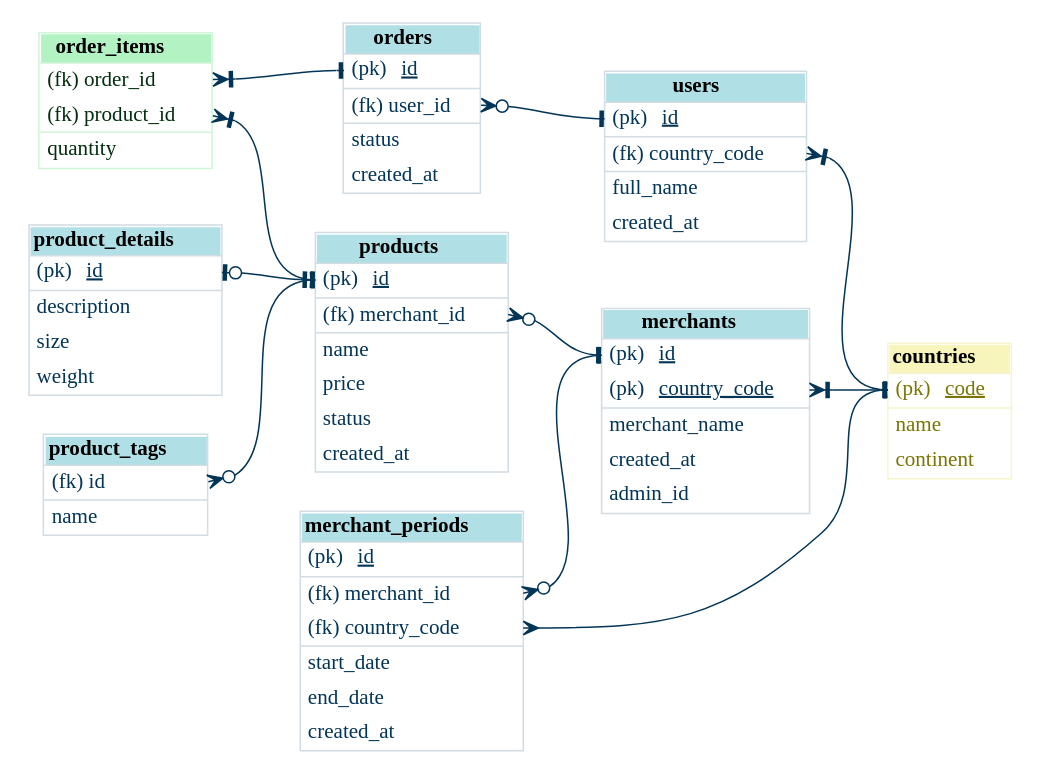
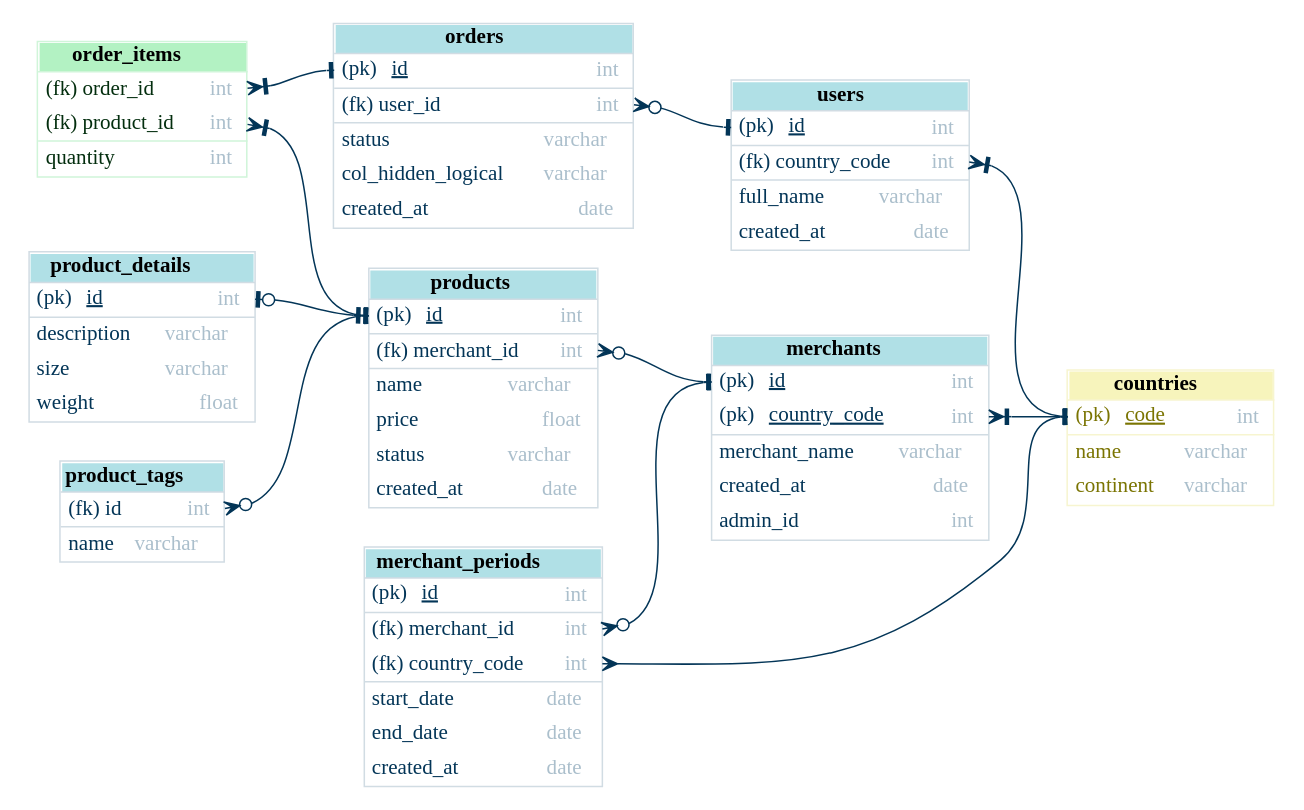
Before and after one commit to arnoN7/er_diagram_python: the diagram in example/sample_datamodel.gv, drawn with Graphviz. The commit also changed 5 other files, not shown here.

Commit message:
adding dockerfile and using different engine for graphviz display

```diff
--- a/example/sample_datamodel.gv
+++ b/example/sample_datamodel.gv
@@ -8,35 +8,35 @@
     <td ALIGN="left" BALIGN="LEFT" BORDER="0" PORT="id">
         <table BORDER="0" cellspacing="0" CELLBORDER="0"  >
             <tr>
-                <td ALIGN="left" BALIGN="LEFT" BORDER="0"><font color="#033557">(pk) <U ALIGN="left">id</U></font></td></tr>
+                <td ALIGN="left" BALIGN="LEFT" BORDER="0"><font color="#033557">(pk) <U ALIGN="left">id</U></font></td><td ALIGN="right"><font color="#abbfcc" >int</font></td></tr>
         </table>
     </td>
 </tr><tr>
     <td ALIGN="left" BALIGN="LEFT" BORDER="0" PORT="country_code">
         <table BORDER="0" cellspacing="0" CELLBORDER="0"  >
             <tr>
-                <td ALIGN="left" BALIGN="LEFT" BORDER="0"><font color="#033557">(pk) <U ALIGN="left">country_code</U></font></td></tr>
+                <td ALIGN="left" BALIGN="LEFT" BORDER="0"><font color="#033557">(pk) <U ALIGN="left">country_code</U></font></td><td ALIGN="right"><font color="#abbfcc" >int</font></td></tr>
         </table>
     </td>
 </tr><HR/><tr>
     <td ALIGN="left" BALIGN="LEFT" BORDER="0" PORT="merchant_name">
         <table BORDER="0" cellspacing="0" CELLBORDER="0"  >
             <tr>
-                <td ALIGN="left" BALIGN="LEFT" BORDER="0"><font color="#033557">merchant_name</font></td></tr>
+                <td ALIGN="left" BALIGN="LEFT" BORDER="0"><font color="#033557">merchant_name</font></td><td ALIGN="right"><font color="#abbfcc" >varchar</font></td></tr>
         </table>
     </td>
 </tr><tr>
     <td ALIGN="left" BALIGN="LEFT" BORDER="0" PORT="created_at">
         <table BORDER="0" cellspacing="0" CELLBORDER="0"  >
             <tr>
-                <td ALIGN="left" BALIGN="LEFT" BORDER="0"><font color="#033557">created_at</font></td></tr>
+                <td ALIGN="left" BALIGN="LEFT" BORDER="0"><font color="#033557">created_at</font></td><td ALIGN="right"><font color="#abbfcc" >date</font></td></tr>
         </table>
     </td>
 </tr><tr>
     <td ALIGN="left" BALIGN="LEFT" BORDER="0" PORT="admin_id">
         <table BORDER="0" cellspacing="0" CELLBORDER="0"  >
             <tr>
-                <td ALIGN="left" BALIGN="LEFT" BORDER="0"><font color="#033557">admin_id</font></td></tr>
+                <td ALIGN="left" BALIGN="LEFT" BORDER="0"><font color="#033557">admin_id</font></td><td ALIGN="right"><font color="#abbfcc" >int</font></td></tr>
         </table>
     </td>
 </tr></table>> shape=none]
@@ -48,28 +48,28 @@
     <td ALIGN="left" BALIGN="LEFT" BORDER="0" PORT="id">
         <table BORDER="0" cellspacing="0" CELLBORDER="0"  >
             <tr>
-                <td ALIGN="left" BALIGN="LEFT" BORDER="0"><font color="#033557">(pk) <U ALIGN="left">id</U></font></td></tr>
+                <td ALIGN="left" BALIGN="LEFT" BORDER="0"><font color="#033557">(pk) <U ALIGN="left">id</U></font></td><td ALIGN="right"><font color="#abbfcc" >int</font></td></tr>
         </table>
     </td>
 </tr><HR/><tr>
     <td ALIGN="left" BALIGN="LEFT" BORDER="0" PORT="country_code">
         <table BORDER="0" cellspacing="0" CELLBORDER="0"  >
             <tr>
-                <td ALIGN="left" BALIGN="LEFT" BORDER="0"><font color="#033557">(fk) country_code</font></td></tr>
+                <td ALIGN="left" BALIGN="LEFT" BORDER="0"><font color="#033557">(fk) country_code</font></td><td ALIGN="right"><font color="#abbfcc" >int</font></td></tr>
         </table>
     </td>
 </tr><HR/><tr>
     <td ALIGN="left" BALIGN="LEFT" BORDER="0" PORT="full_name">
         <table BORDER="0" cellspacing="0" CELLBORDER="0"  >
             <tr>
-                <td ALIGN="left" BALIGN="LEFT" BORDER="0"><font color="#033557">full_name</font></td></tr>
+                <td ALIGN="left" BALIGN="LEFT" BORDER="0"><font color="#033557">full_name</font></td><td ALIGN="right"><font color="#abbfcc" >varchar</font></td></tr>
         </table>
     </td>
 </tr><tr>
     <td ALIGN="left" BALIGN="LEFT" BORDER="0" PORT="created_at">
         <table BORDER="0" cellspacing="0" CELLBORDER="0"  >
             <tr>
-                <td ALIGN="left" BALIGN="LEFT" BORDER="0"><font color="#033557">created_at</font></td></tr>
+                <td ALIGN="left" BALIGN="LEFT" BORDER="0"><font color="#033557">created_at</font></td><td ALIGN="right"><font color="#abbfcc" >date</font></td></tr>
         </table>
     </td>
 </tr></table>> shape=none]
@@ -81,21 +81,21 @@
     <td ALIGN="left" BALIGN="LEFT" BORDER="0" PORT="code">
         <table BORDER="0" cellspacing="0" CELLBORDER="0"  >
             <tr>
-                <td ALIGN="left" BALIGN="LEFT" BORDER="0"><font color="#7a7402">(pk) <U ALIGN="left">code</U></font></td></tr>
+                <td ALIGN="left" BALIGN="LEFT" BORDER="0"><font color="#7a7402">(pk) <U ALIGN="left">code</U></font></td><td ALIGN="right"><font color="#abbfcc" >int</font></td></tr>
         </table>
     </td>
 </tr><HR/><tr>
     <td ALIGN="left" BALIGN="LEFT" BORDER="0" PORT="name">
         <table BORDER="0" cellspacing="0" CELLBORDER="0"  >
             <tr>
-                <td ALIGN="left" BALIGN="LEFT" BORDER="0"><font color="#7a7402">name</font></td></tr>
+                <td ALIGN="left" BALIGN="LEFT" BORDER="0"><font color="#7a7402">name</font></td><td ALIGN="right"><font color="#abbfcc" >varchar</font></td></tr>
         </table>
     </td>
 </tr><tr>
     <td ALIGN="left" BALIGN="LEFT" BORDER="0" PORT="continent">
         <table BORDER="0" cellspacing="0" CELLBORDER="0"  >
             <tr>
-                <td ALIGN="left" BALIGN="LEFT" BORDER="0"><font color="#7a7402">continent</font></td></tr>
+                <td ALIGN="left" BALIGN="LEFT" BORDER="0"><font color="#7a7402">continent</font></td><td ALIGN="right"><font color="#abbfcc" >varchar</font></td></tr>
         </table>
     </td>
 </tr></table>> shape=none]
@@ -107,21 +107,21 @@
     <td ALIGN="left" BALIGN="LEFT" BORDER="0" PORT="order_id">
         <table BORDER="0" cellspacing="0" CELLBORDER="0"  >
             <tr>
-                <td ALIGN="left" BALIGN="LEFT" BORDER="0"><font color="#032e0e">(fk) order_id</font></td></tr>
+                <td ALIGN="left" BALIGN="LEFT" BORDER="0"><font color="#032e0e">(fk) order_id</font></td><td ALIGN="right"><font color="#abbfcc" >int</font></td></tr>
         </table>
     </td>
 </tr><tr>
     <td ALIGN="left" BALIGN="LEFT" BORDER="0" PORT="product_id">
         <table BORDER="0" cellspacing="0" CELLBORDER="0"  >
             <tr>
-                <td ALIGN="left" BALIGN="LEFT" BORDER="0"><font color="#032e0e">(fk) product_id</font></td></tr>
+                <td ALIGN="left" BALIGN="LEFT" BORDER="0"><font color="#032e0e">(fk) product_id</font></td><td ALIGN="right"><font color="#abbfcc" >int</font></td></tr>
         </table>
     </td>
 </tr><HR/><tr>
     <td ALIGN="left" BALIGN="LEFT" BORDER="0" PORT="quantity">
         <table BORDER="0" cellspacing="0" CELLBORDER="0"  >
             <tr>
-                <td ALIGN="left" BALIGN="LEFT" BORDER="0"><font color="#032e0e">quantity</font></td></tr>
+                <td ALIGN="left" BALIGN="LEFT" BORDER="0"><font color="#032e0e">quantity</font></td><td ALIGN="right"><font color="#abbfcc" >int</font></td></tr>
         </table>
     </td>
 </tr></table>> shape=none]
@@ -133,28 +133,35 @@
     <td ALIGN="left" BALIGN="LEFT" BORDER="0" PORT="id">
         <table BORDER="0" cellspacing="0" CELLBORDER="0"  >
             <tr>
-                <td ALIGN="left" BALIGN="LEFT" BORDER="0"><font color="#033557">(pk) <U ALIGN="left">id</U></font></td></tr>
+                <td ALIGN="left" BALIGN="LEFT" BORDER="0"><font color="#033557">(pk) <U ALIGN="left">id</U></font></td><td ALIGN="right"><font color="#abbfcc" >int</font></td></tr>
         </table>
     </td>
 </tr><HR/><tr>
     <td ALIGN="left" BALIGN="LEFT" BORDER="0" PORT="user_id">
         <table BORDER="0" cellspacing="0" CELLBORDER="0"  >
             <tr>
-                <td ALIGN="left" BALIGN="LEFT" BORDER="0"><font color="#033557">(fk) user_id</font></td></tr>
+                <td ALIGN="left" BALIGN="LEFT" BORDER="0"><font color="#033557">(fk) user_id</font></td><td ALIGN="right"><font color="#abbfcc" >int</font></td></tr>
         </table>
     </td>
 </tr><HR/><tr>
     <td ALIGN="left" BALIGN="LEFT" BORDER="0" PORT="status">
         <table BORDER="0" cellspacing="0" CELLBORDER="0"  >
             <tr>
-                <td ALIGN="left" BALIGN="LEFT" BORDER="0"><font color="#033557">status</font></td></tr>
+                <td ALIGN="left" BALIGN="LEFT" BORDER="0"><font color="#033557">status</font></td><td ALIGN="right"><font color="#abbfcc" >varchar</font></td></tr>
+        </table>
+    </td>
+</tr><tr>
+    <td ALIGN="left" BALIGN="LEFT" BORDER="0" PORT="col_hidden_logical">
+        <table BORDER="0" cellspacing="0" CELLBORDER="0"  >
+            <tr>
+                <td ALIGN="left" BALIGN="LEFT" BORDER="0"><font color="#033557">col_hidden_logical</font></td><td ALIGN="right"><font color="#abbfcc" >varchar</font></td></tr>
         </table>
     </td>
 </tr><tr>
     <td ALIGN="left" BALIGN="LEFT" BORDER="0" PORT="created_at">
         <table BORDER="0" cellspacing="0" CELLBORDER="0"  >
             <tr>
-                <td ALIGN="left" BALIGN="LEFT" BORDER="0"><font color="#033557">created_at</font></td></tr>
+                <td ALIGN="left" BALIGN="LEFT" BORDER="0"><font color="#033557">created_at</font></td><td ALIGN="right"><font color="#abbfcc" >date</font></td></tr>
         </table>
     </td>
 </tr></table>> shape=none]
@@ -166,42 +173,42 @@
     <td ALIGN="left" BALIGN="LEFT" BORDER="0" PORT="id">
         <table BORDER="0" cellspacing="0" CELLBORDER="0"  >
             <tr>
-                <td ALIGN="left" BALIGN="LEFT" BORDER="0"><font color="#033557">(pk) <U ALIGN="left">id</U></font></td></tr>
+                <td ALIGN="left" BALIGN="LEFT" BORDER="0"><font color="#033557">(pk) <U ALIGN="left">id</U></font></td><td ALIGN="right"><font color="#abbfcc" >int</font></td></tr>
         </table>
     </td>
 </tr><HR/><tr>
     <td ALIGN="left" BALIGN="LEFT" BORDER="0" PORT="merchant_id">
         <table BORDER="0" cellspacing="0" CELLBORDER="0"  >
             <tr>
-                <td ALIGN="left" BALIGN="LEFT" BORDER="0"><font color="#033557">(fk) merchant_id</font></td></tr>
+                <td ALIGN="left" BALIGN="LEFT" BORDER="0"><font color="#033557">(fk) merchant_id</font></td><td ALIGN="right"><font color="#abbfcc" >int</font></td></tr>
         </table>
     </td>
 </tr><HR/><tr>
     <td ALIGN="left" BALIGN="LEFT" BORDER="0" PORT="name">
         <table BORDER="0" cellspacing="0" CELLBORDER="0"  >
             <tr>
-                <td ALIGN="left" BALIGN="LEFT" BORDER="0"><font color="#033557">name</font></td></tr>
+                <td ALIGN="left" BALIGN="LEFT" BORDER="0"><font color="#033557">name</font></td><td ALIGN="right"><font color="#abbfcc" >varchar</font></td></tr>
         </table>
     </td>
 </tr><tr>
     <td ALIGN="left" BALIGN="LEFT" BORDER="0" PORT="price">
         <table BORDER="0" cellspacing="0" CELLBORDER="0"  >
             <tr>
-                <td ALIGN="left" BALIGN="LEFT" BORDER="0"><font color="#033557">price</font></td></tr>
+                <td ALIGN="left" BALIGN="LEFT" BORDER="0"><font color="#033557">price</font></td><td ALIGN="right"><font color="#abbfcc" >float</font></td></tr>
         </table>
     </td>
 </tr><tr>
     <td ALIGN="left" BALIGN="LEFT" BORDER="0" PORT="status">
         <table BORDER="0" cellspacing="0" CELLBORDER="0"  >
             <tr>
-                <td ALIGN="left" BALIGN="LEFT" BORDER="0"><font color="#033557">status</font></td></tr>
+                <td ALIGN="left" BALIGN="LEFT" BORDER="0"><font color="#033557">status</font></td><td ALIGN="right"><font color="#abbfcc" >varchar</font></td></tr>
         </table>
     </td>
 </tr><tr>
     <td ALIGN="left" BALIGN="LEFT" BORDER="0" PORT="created_at">
         <table BORDER="0" cellspacing="0" CELLBORDER="0"  >
             <tr>
-                <td ALIGN="left" BALIGN="LEFT" BORDER="0"><font color="#033557">created_at</font></td></tr>
+                <td ALIGN="left" BALIGN="LEFT" BORDER="0"><font color="#033557">created_at</font></td><td ALIGN="right"><font color="#abbfcc" >date</font></td></tr>
         </table>
     </td>
 </tr></table>> shape=none]
@@ -213,28 +220,28 @@
     <td ALIGN="left" BALIGN="LEFT" BORDER="0" PORT="id">
         <table BORDER="0" cellspacing="0" CELLBORDER="0"  >
             <tr>
-                <td ALIGN="left" BALIGN="LEFT" BORDER="0"><font color="#033557">(pk) <U ALIGN="left">id</U></font></td></tr>
+                <td ALIGN="left" BALIGN="LEFT" BORDER="0"><font color="#033557">(pk) <U ALIGN="left">id</U></font></td><td ALIGN="right"><font color="#abbfcc" >int</font></td></tr>
         </table>
     </td>
 </tr><HR/><tr>
     <td ALIGN="left" BALIGN="LEFT" BORDER="0" PORT="description">
         <table BORDER="0" cellspacing="0" CELLBORDER="0"  >
             <tr>
-                <td ALIGN="left" BALIGN="LEFT" BORDER="0"><font color="#033557">description</font></td></tr>
+                <td ALIGN="left" BALIGN="LEFT" BORDER="0"><font color="#033557">description</font></td><td ALIGN="right"><font color="#abbfcc" >varchar</font></td></tr>
         </table>
     </td>
 </tr><tr>
     <td ALIGN="left" BALIGN="LEFT" BORDER="0" PORT="size">
         <table BORDER="0" cellspacing="0" CELLBORDER="0"  >
             <tr>
-                <td ALIGN="left" BALIGN="LEFT" BORDER="0"><font color="#033557">size</font></td></tr>
+                <td ALIGN="left" BALIGN="LEFT" BORDER="0"><font color="#033557">size</font></td><td ALIGN="right"><font color="#abbfcc" >varchar</font></td></tr>
         </table>
     </td>
 </tr><tr>
     <td ALIGN="left" BALIGN="LEFT" BORDER="0" PORT="weight">
         <table BORDER="0" cellspacing="0" CELLBORDER="0"  >
             <tr>
-                <td ALIGN="left" BALIGN="LEFT" BORDER="0"><font color="#033557">weight</font></td></tr>
+                <td ALIGN="left" BALIGN="LEFT" BORDER="0"><font color="#033557">weight</font></td><td ALIGN="right"><font color="#abbfcc" >float</font></td></tr>
         </table>
     </td>
 </tr></table>> shape=none]
@@ -246,42 +253,42 @@
     <td ALIGN="left" BALIGN="LEFT" BORDER="0" PORT="id">
         <table BORDER="0" cellspacing="0" CELLBORDER="0"  >
             <tr>
-                <td ALIGN="left" BALIGN="LEFT" BORDER="0"><font color="#033557">(pk) <U ALIGN="left">id</U></font></td></tr>
+                <td ALIGN="left" BALIGN="LEFT" BORDER="0"><font color="#033557">(pk) <U ALIGN="left">id</U></font></td><td ALIGN="right"><font color="#abbfcc" >int</font></td></tr>
         </table>
     </td>
 </tr><HR/><tr>
     <td ALIGN="left" BALIGN="LEFT" BORDER="0" PORT="merchant_id">
         <table BORDER="0" cellspacing="0" CELLBORDER="0"  >
             <tr>
-                <td ALIGN="left" BALIGN="LEFT" BORDER="0"><font color="#033557">(fk) merchant_id</font></td></tr>
+                <td ALIGN="left" BALIGN="LEFT" BORDER="0"><font color="#033557">(fk) merchant_id</font></td><td ALIGN="right"><font color="#abbfcc" >int</font></td></tr>
         </table>
     </td>
 </tr><tr>
     <td ALIGN="left" BALIGN="LEFT" BORDER="0" PORT="country_code">
         <table BORDER="0" cellspacing="0" CELLBORDER="0"  >
             <tr>
-                <td ALIGN="left" BALIGN="LEFT" BORDER="0"><font color="#033557">(fk) country_code</font></td></tr>
+                <td ALIGN="left" BALIGN="LEFT" BORDER="0"><font color="#033557">(fk) country_code</font></td><td ALIGN="right"><font color="#abbfcc" >int</font></td></tr>
         </table>
     </td>
 </tr><HR/><tr>
     <td ALIGN="left" BALIGN="LEFT" BORDER="0" PORT="start_date">
         <table BORDER="0" cellspacing="0" CELLBORDER="0"  >
             <tr>
-                <td ALIGN="left" BALIGN="LEFT" BORDER="0"><font color="#033557">start_date</font></td></tr>
+                <td ALIGN="left" BALIGN="LEFT" BORDER="0"><font color="#033557">start_date</font></td><td ALIGN="right"><font color="#abbfcc" >date</font></td></tr>
         </table>
     </td>
 </tr><tr>
     <td ALIGN="left" BALIGN="LEFT" BORDER="0" PORT="end_date">
         <table BORDER="0" cellspacing="0" CELLBORDER="0"  >
             <tr>
-                <td ALIGN="left" BALIGN="LEFT" BORDER="0"><font color="#033557">end_date</font></td></tr>
+                <td ALIGN="left" BALIGN="LEFT" BORDER="0"><font color="#033557">end_date</font></td><td ALIGN="right"><font color="#abbfcc" >date</font></td></tr>
         </table>
     </td>
 </tr><tr>
     <td ALIGN="left" BALIGN="LEFT" BORDER="0" PORT="created_at">
         <table BORDER="0" cellspacing="0" CELLBORDER="0"  >
             <tr>
-                <td ALIGN="left" BALIGN="LEFT" BORDER="0"><font color="#033557">created_at</font></td></tr>
+                <td ALIGN="left" BALIGN="LEFT" BORDER="0"><font color="#033557">created_at</font></td><td ALIGN="right"><font color="#abbfcc" >date</font></td></tr>
         </table>
     </td>
 </tr></table>> shape=none]
@@ -293,14 +300,14 @@
     <td ALIGN="left" BALIGN="LEFT" BORDER="0" PORT="id">
         <table BORDER="0" cellspacing="0" CELLBORDER="0"  >
             <tr>
-                <td ALIGN="left" BALIGN="LEFT" BORDER="0"><font color="#033557">(fk) id</font></td></tr>
+                <td ALIGN="left" BALIGN="LEFT" BORDER="0"><font color="#033557">(fk) id</font></td><td ALIGN="right"><font color="#abbfcc" >int</font></td></tr>
         </table>
     </td>
 </tr><HR/><tr>
     <td ALIGN="left" BALIGN="LEFT" BORDER="0" PORT="name">
         <table BORDER="0" cellspacing="0" CELLBORDER="0"  >
             <tr>
-                <td ALIGN="left" BALIGN="LEFT" BORDER="0"><font color="#033557">name</font></td></tr>
+                <td ALIGN="left" BALIGN="LEFT" BORDER="0"><font color="#033557">name</font></td><td ALIGN="right"><font color="#abbfcc" >varchar</font></td></tr>
         </table>
     </td>
 </tr></table>> shape=none]
```
